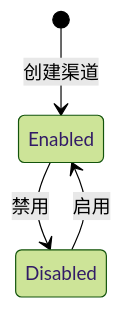
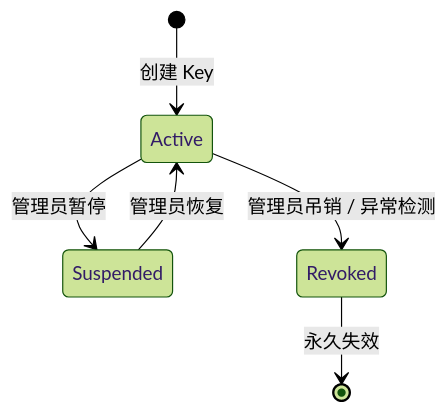
Before and after one commit to achieve-jsy/llm-gateway: the second of 3 diagrams in xspec/modules/control-plane/spec.md, drawn with Mermaid (forest theme). The commit also changed other lines of this file and 236 other files, not shown here.

````diff
--- a/xspec/modules/control-plane/spec.md
+++ b/xspec/modules/control-plane/spec.md
@@ -97,6 +82,8 @@
 ```mermaid
 stateDiagram-v2
-    [*] --> Enabled : 创建渠道
-    Enabled --> Disabled : 禁用
-    Disabled --> Enabled : 启用
+    [*] --> Active: 创建 Key
+    Active --> Suspended: 管理员暂停
+    Active --> Revoked: 管理员吊销 / 异常检测
+    Suspended --> Active: 管理员恢复
+    Revoked --> [*]: 永久失效
 ```
````
